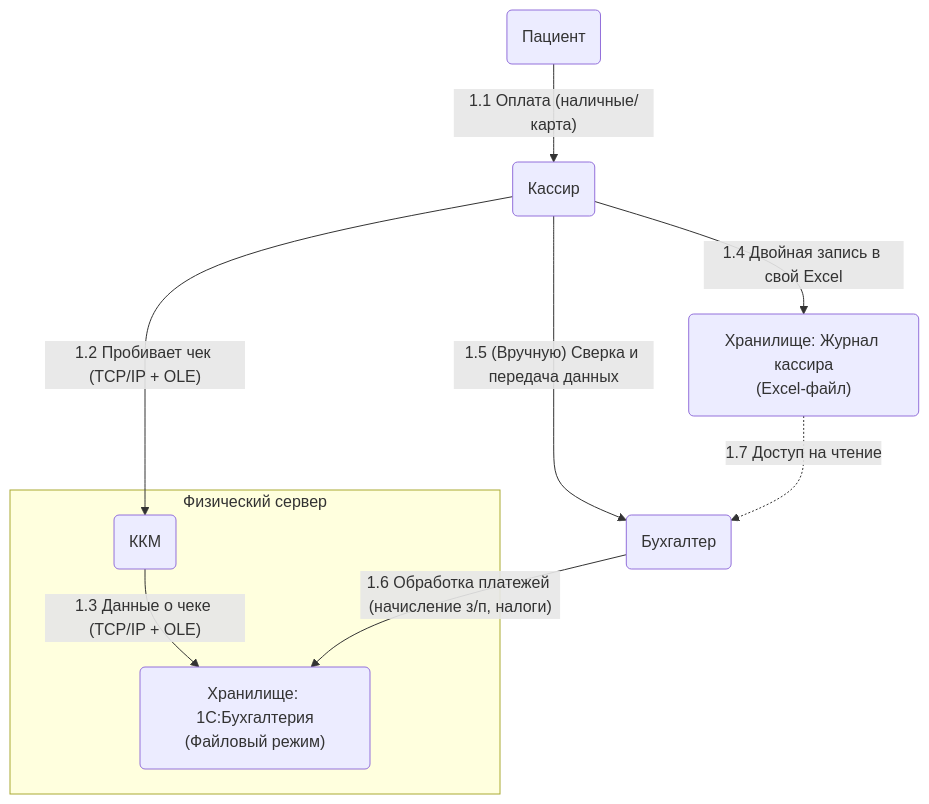
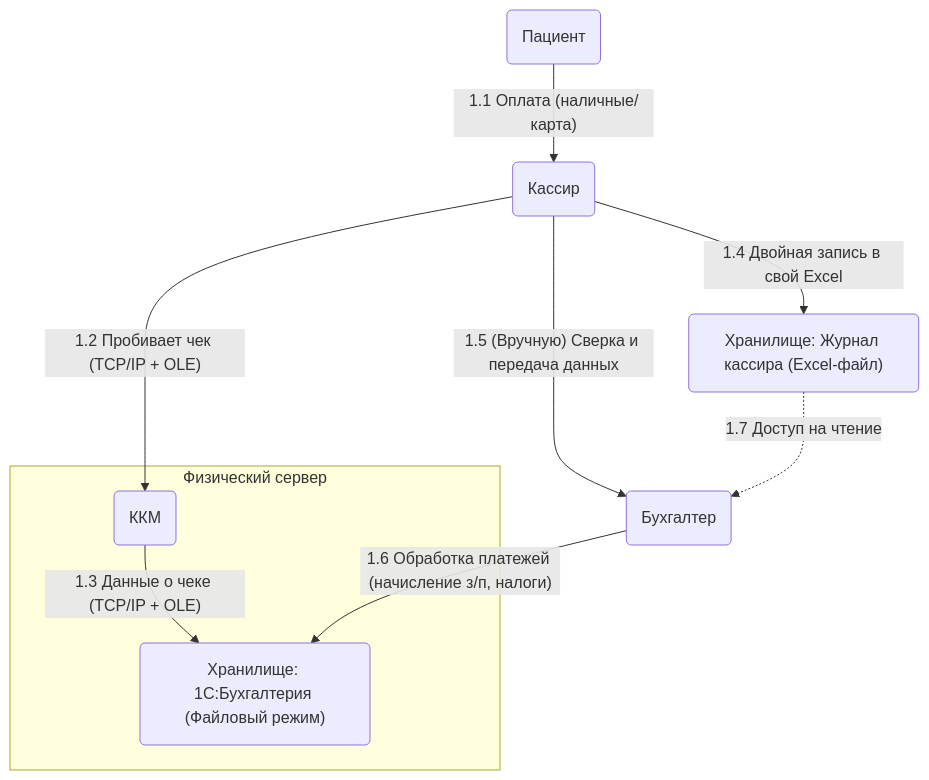
The fourth of 9 diagrams in Task1/README.md (mgalimullin/architecture-medikamente), drawn with Mermaid before and after one commit. The commit also changed other lines of this file, not shown here.

````diff
--- a/Task1/README.md
+++ b/Task1/README.md
@@ -107,21 +107,21 @@
 ```mermaid
 graph TD
     Patient("Пациент")
     Cashier("Кассир")
     Bookkeeper("Бухгалтер")
 
     subgraph "Физический сервер"
         KKM("ККМ")
-        DB("Хранилище: 1С:Бухгалтерия\n(Файловый режим)")
+        DB("Хранилище: 1С:Бухгалтерия (Файловый режим)")
     end
 
-    CashLog("Хранилище: Журнал кассира\n(Excel-файл)")
+    CashLog("Хранилище: Журнал кассира (Excel-файл)")
 
     Patient -->|"1.1 Оплата (наличные/карта)"| Cashier
     Cashier -->|"1.2 Пробивает чек (TCP/IP + OLE)"| KKM
     KKM -->|"1.3 Данные о чеке (TCP/IP + OLE)"| DB
     Cashier -->|"1.4 Двойная запись в свой Excel"| CashLog
     Cashier -->|"1.5 (Вручную) Сверка и передача данных"| Bookkeeper
     Bookkeeper -->|"1.6 Обработка платежей (начисление з/п, налоги)"| DB
     CashLog -.->|"1.7 Доступ на чтение"| Bookkeeper
 ```
````
